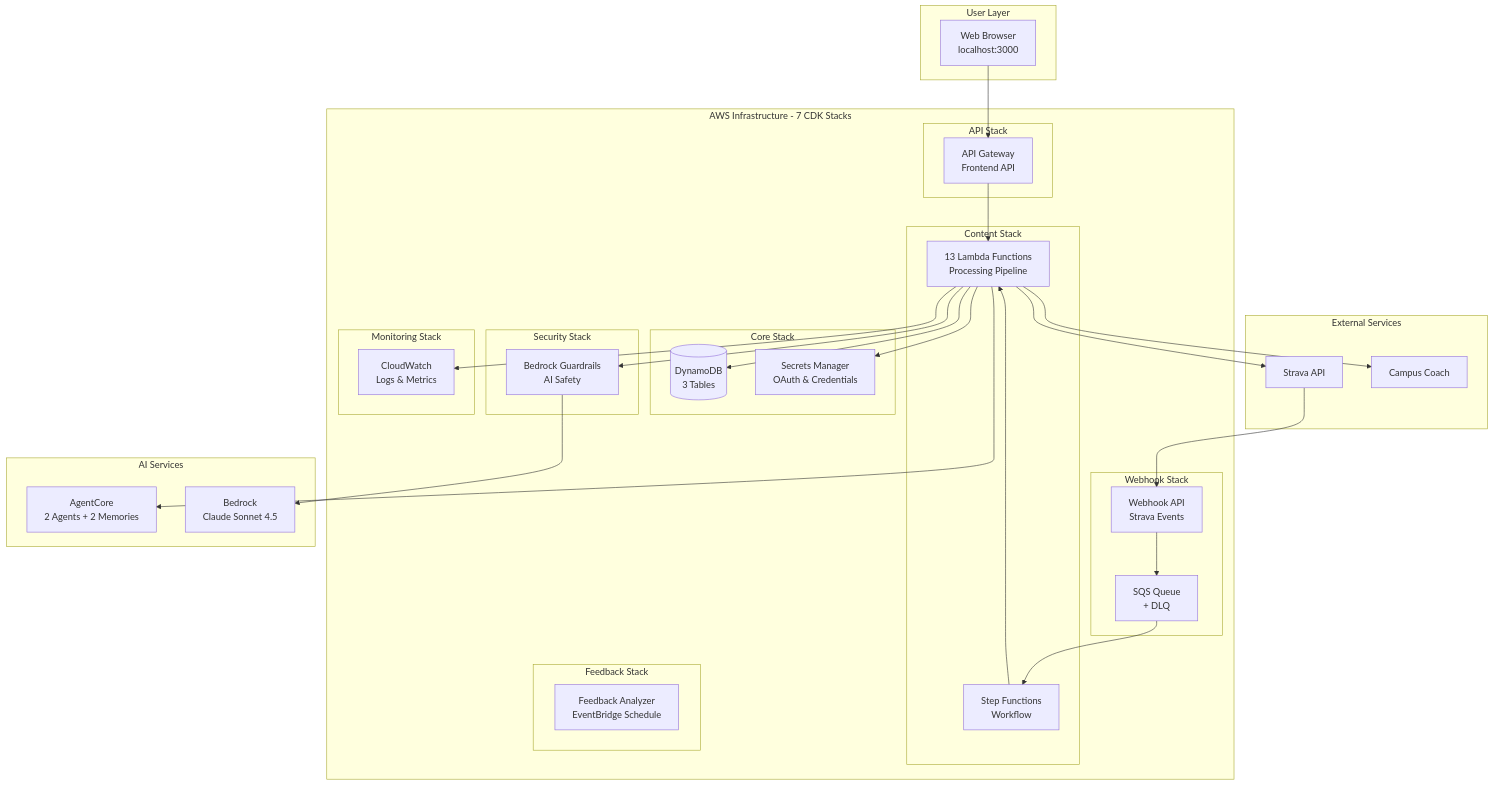
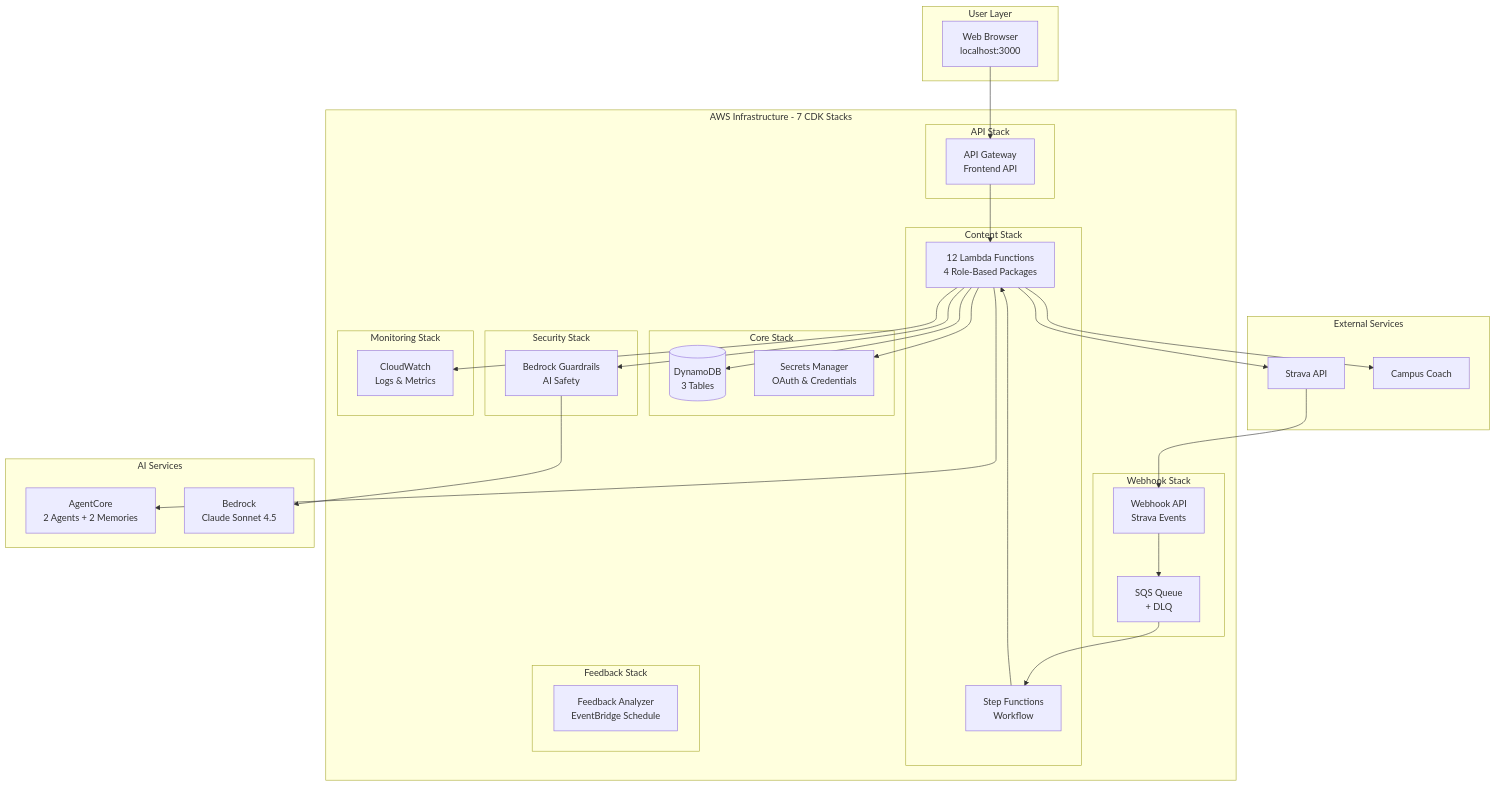
Before and after one commit to el-pedrito/strava-ai-boost: the first of 2 diagrams in README.md, drawn with Mermaid. The commit also changed other lines of this file and 1 other file, not shown here.

````diff
--- a/README.md
+++ b/README.md
@@ -153,67 +153,67 @@
 ```mermaid
 graph TB
     subgraph "User Layer"
         Browser[Web Browser<br/>localhost:3000]
     end
 
     subgraph "AWS Infrastructure - 7 CDK Stacks"
         subgraph "Core Stack"
             DDB[(DynamoDB<br/>3 Tables)]
             Secrets[Secrets Manager<br/>OAuth & Credentials]
         end
 
         subgraph "Security Stack"
             Guardrails[Bedrock Guardrails<br/>AI Safety]
         end
 
         subgraph "Webhook Stack"
             WebhookAPI[Webhook API<br/>Strava Events]
             SQS[SQS Queue<br/>+ DLQ]
         end
 
         subgraph "Content Stack"
             SF[Step Functions<br/>Workflow]
-            Lambda13[13 Lambda Functions<br/>Processing Pipeline]
+            Lambda12[12 Lambda Functions<br/>4 Role-Based Packages]
         end
 
         subgraph "API Stack"
             APIGW[API Gateway<br/>Frontend API]
         end
 
         subgraph "Monitoring Stack"
             CW[CloudWatch<br/>Logs & Metrics]
         end
 
         subgraph "Feedback Stack"
             FB[Feedback Analyzer<br/>EventBridge Schedule]
         end
     end
 
     subgraph "AI Services"
         AgentCore[AgentCore<br/>2 Agents + 2 Memories]
         Bedrock[Bedrock<br/>Claude Sonnet 4.5]
     end
 
     subgraph "External Services"
         Strava[Strava API]
         Campus[Campus Coach]
     end
 
     Browser --> APIGW
-    APIGW --> Lambda13
-    Lambda13 --> DDB
-    Lambda13 --> Secrets
+    APIGW --> Lambda12
+    Lambda12 --> DDB
+    Lambda12 --> Secrets
 
     Strava --> WebhookAPI
     WebhookAPI --> SQS
     SQS --> SF
-    SF --> Lambda13
+    SF --> Lambda12
 
-    Lambda13 --> Guardrails
+    Lambda12 --> Guardrails
     Guardrails --> Bedrock
-    Lambda13 --> AgentCore
-    Lambda13 --> Strava
-    Lambda13 --> Campus
+    Lambda12 --> AgentCore
+    Lambda12 --> Strava
+    Lambda12 --> Campus
 
-    Lambda13 --> CW
+    Lambda12 --> CW
 ```
````
